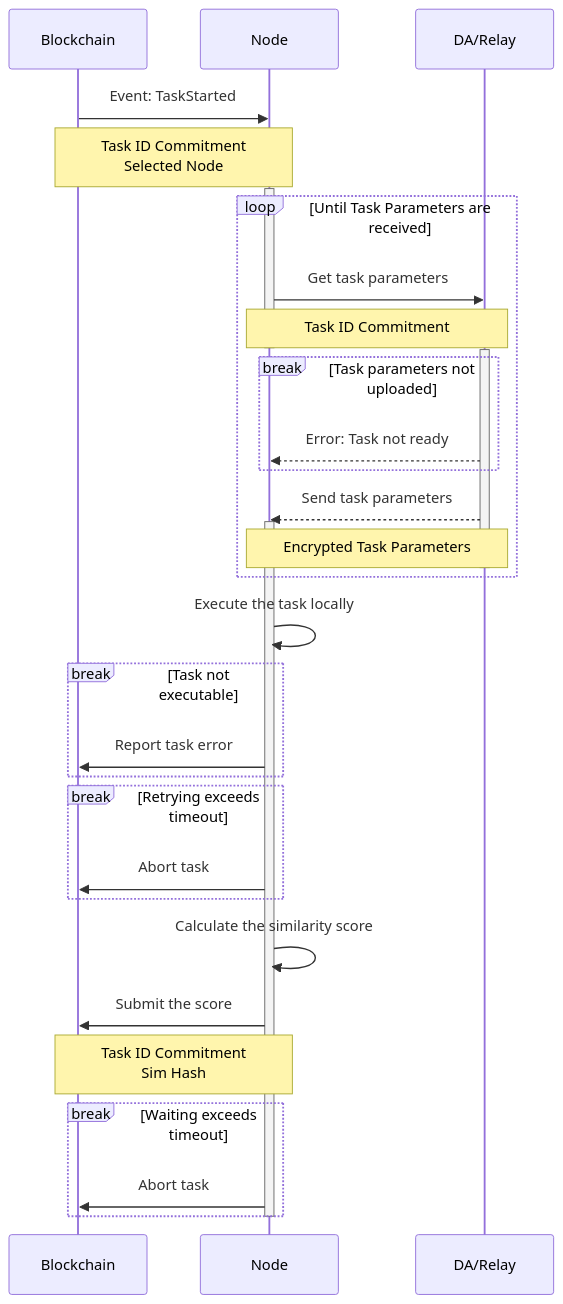
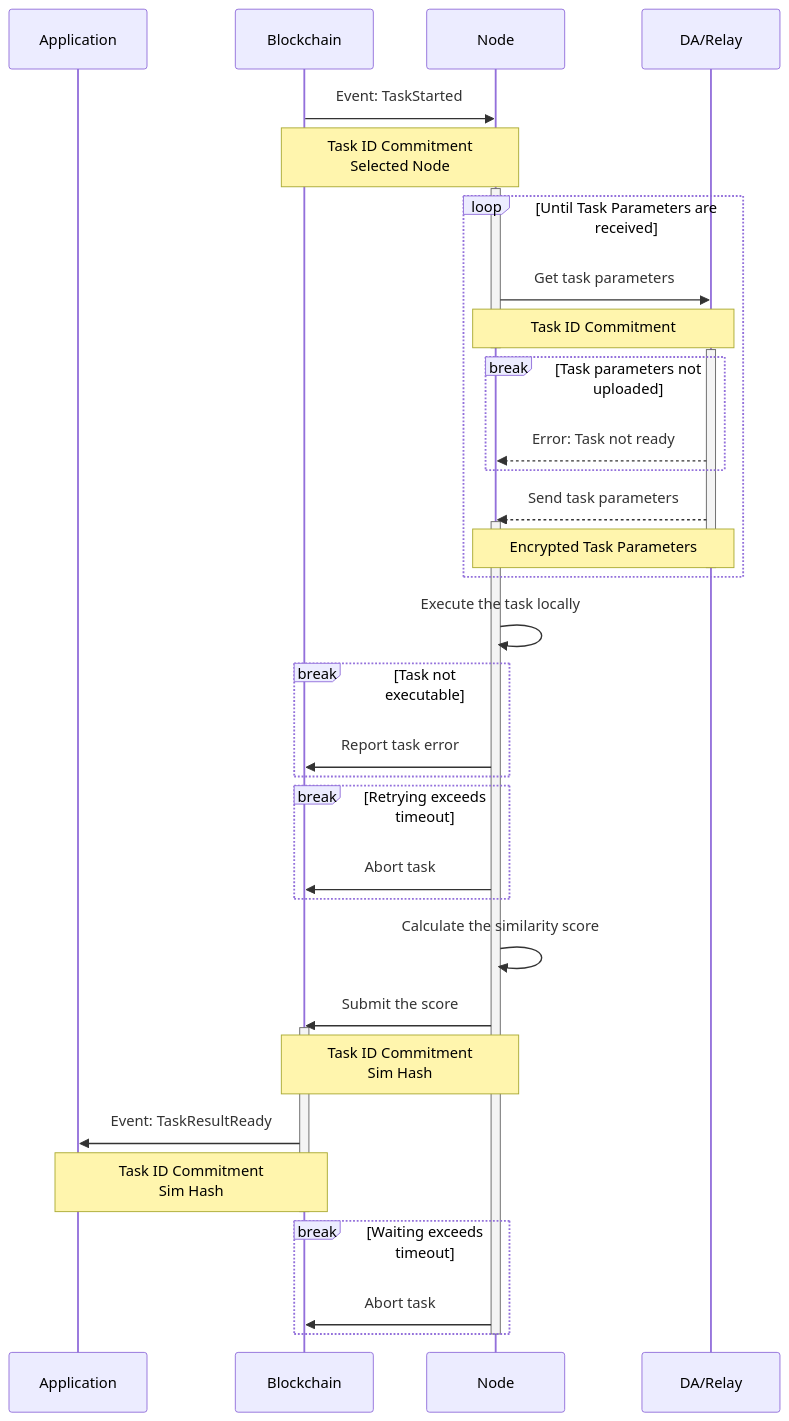
One commit to crynux-ai/documentation changed the second of 2 diagrams in gitbook/system-design/task-lifecycle.md. Above: the diagram before and after it, drawn with Mermaid. The commit also changed other lines of this file, not shown here.

Commit message:
GITBOOK-268: No subject

````diff
--- a/gitbook/system-design/task-lifecycle.md
+++ b/gitbook/system-design/task-lifecycle.md
@@ -113,44 +113,49 @@
 ```mermaid
 sequenceDiagram
+    Participant A as Application
     Participant B as Blockchain
     Participant N as Node
     Participant R as DA/Relay
 
     B ->> N: Event: TaskStarted
     Note over B,N: Task ID Commitment<br />Selected Node
     activate N
     loop Until Task Parameters are received
         N ->> R: Get task parameters
         Note over N,R: Task ID Commitment
         deactivate N
         activate R
         break Task parameters not uploaded
             R -->> N: Error: Task not ready
         end
         R -->> N: Send task parameters
         activate N
         Note over N,R: Encrypted Task Parameters
         deactivate R
     end
 
     N ->> N: Execute the task locally
 
     break Task not executable
         N ->> B: Report task error
     end
 
     break Retrying exceeds timeout
         N ->> B: Abort task
     end
     
     N ->> N: Calculate the similarity score
     N ->> B: Submit the score
+    activate B
     Note over N,B: Task ID Commitment<br/>Sim Hash
+    B ->> A: Event: TaskResultReady
+    Note over A,B: Task ID Commitment<br/>Sim Hash
+    deactivate B
 
     break Waiting exceeds timeout
         N ->> B: Abort task
     end
 
     deactivate N
 
 ```
````
